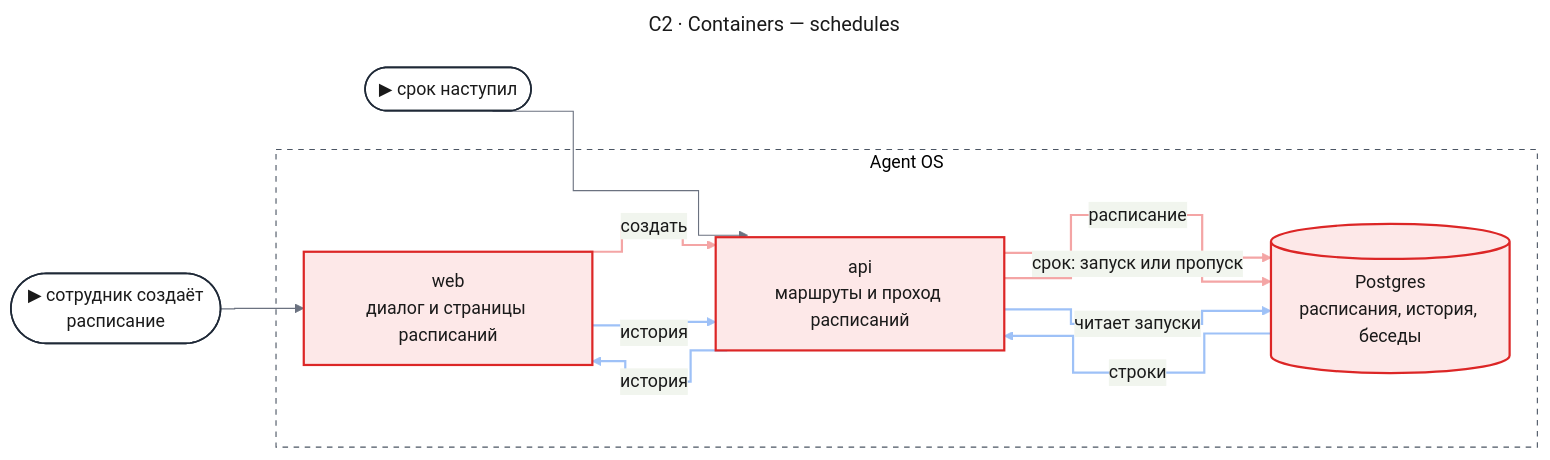
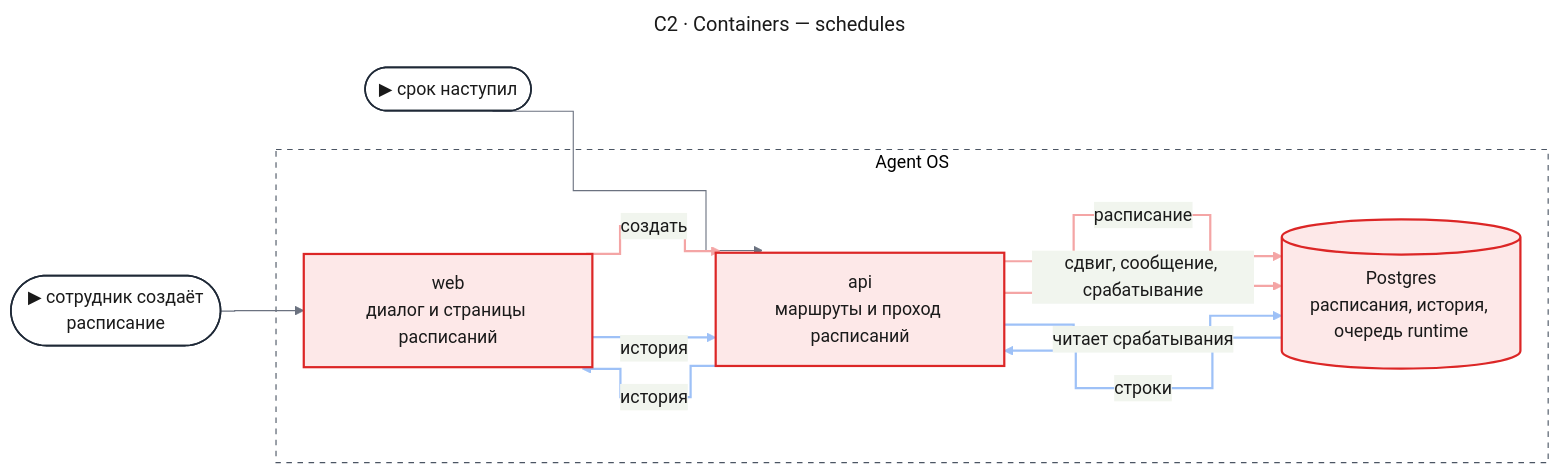
One commit to tundraray/agent-os changed the first of 7 diagrams in docs/features/schedules-search-memory/design-schedules.md. Above: the diagram before and after it, drawn with Mermaid. The commit also changed other lines of this file and 10 other files, not shown here.

````diff
--- a/docs/features/schedules-search-memory/design-schedules.md
+++ b/docs/features/schedules-search-memory/design-schedules.md
@@ -169,56 +171,56 @@
 ```mermaid
 ---
 title: "C2 · Containers — schedules"
 config:
   theme: base
   look: classic
   themeVariables:
     primaryColor: "#eef1f5"
     primaryBorderColor: "#4b5563"
     primaryTextColor: "#1a1a1a"
     lineColor: "#6b7280"
   flowchart:
     curve: step
   themeCSS: |
     @keyframes lit_c2s{0%,12.86%{stroke:#991b1b;stroke-width:6px}14.29%,100%{stroke:#f4a5a5;stroke-width:2px}}
     @keyframes litr_c2s{0%,12.86%{stroke:#1d4ed8;stroke-width:6px}14.29%,100%{stroke:#9ec1f7;stroke-width:2px}}
 ---
 flowchart LR
     person(["▶ сотрудник создаёт<br/>расписание"])
     timer(["▶ срок наступил"])
     subgraph product["Agent OS"]
         web["web<br/>диалог и страницы расписаний"]
         api["api<br/>маршруты и проход расписаний"]
-        db[("Postgres<br/>расписания, история, беседы")]
+        db[("Postgres<br/>расписания, история, очередь runtime")]
     end
     person --> web
     timer --> api
     web e1@-->|"создать"| api
     api e2@-->|"расписание"| db
-    api e3@-->|"срок: запуск или пропуск"| db
+    api e3@-->|"сдвиг, сообщение, срабатывание"| db
     web e4@-->|"история"| api
-    api e5@-->|"читает запуски"| db
+    api e5@-->|"читает срабатывания"| db
     db e6@-->|"строки"| api
     api e7@-->|"история"| web
     classDef entry fill:#ffffff,stroke:#1f2937,stroke-width:1.5px,color:#1a1a1a
     classDef changed fill:#fde8e8,stroke:#dc2626,stroke-width:2px,color:#1a1a1a
     classDef new fill:#e6f4ea,stroke:#16a34a,stroke-width:2px,color:#1a1a1a
     classDef unchanged fill:#eef1f5,stroke:#4b5563,stroke-width:1.5px,color:#1a1a1a
     classDef w1 stroke:#f4a5a5,stroke-width:2px,animation:lit_c2s 8.4s linear 0s infinite
     classDef w2 stroke:#f4a5a5,stroke-width:2px,animation:lit_c2s 8.4s linear 1.2s infinite
     classDef w3 stroke:#f4a5a5,stroke-width:2px,animation:lit_c2s 8.4s linear 2.4s infinite
     classDef r4 stroke:#9ec1f7,stroke-width:2px,animation:litr_c2s 8.4s linear 3.6s infinite
     classDef r5 stroke:#9ec1f7,stroke-width:2px,animation:litr_c2s 8.4s linear 4.8s infinite
     classDef r6 stroke:#9ec1f7,stroke-width:2px,animation:litr_c2s 8.4s linear 6s infinite
     classDef r7 stroke:#9ec1f7,stroke-width:2px,animation:litr_c2s 8.4s linear 7.2s infinite
     class person,timer entry
     class web,api,db changed
     class e1 w1
     class e2 w2
     class e3 w3
     class e4 r4
     class e5 r5
     class e6 r6
     class e7 r7
     style product fill:none,stroke:#4b5563,stroke-dasharray:5 5
 ```
````
